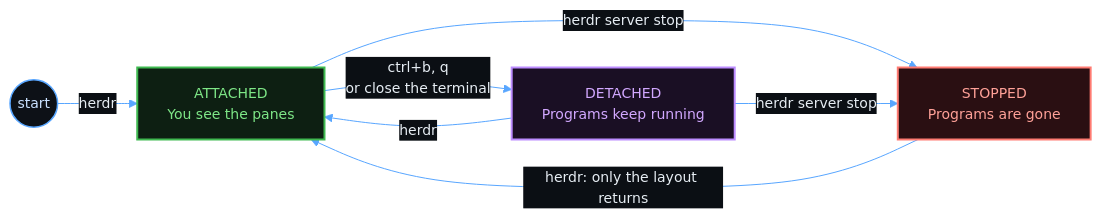
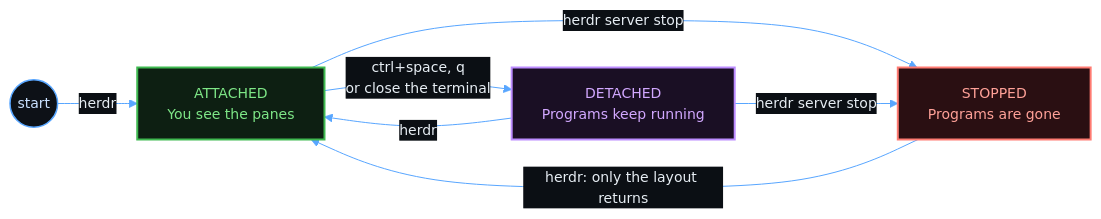
Before and after one commit to MussaCharles/herdspace: the diagram in docs/sessions.md, drawn with Mermaid. The commit also changed other lines of this file and 13 other files, not shown here.

First line of the commit message:
Document the ctrl+space prefix and how to change it

````diff
--- a/docs/sessions.md
+++ b/docs/sessions.md
@@ -31,23 +31,23 @@
 ```mermaid
 %%{init: {'theme': 'base', 'themeVariables': {
   'fontFamily': 'Menlo, Consolas, Courier New, monospace', 'fontSize': '14px',
   'primaryColor': '#0d1117', 'primaryTextColor': '#e6edf3', 'primaryBorderColor': '#3fb950',
   'textColor': '#e6edf3', 'lineColor': '#58a6ff', 'secondaryColor': '#161b22', 'tertiaryColor': '#0d1117',
   'edgeLabelBackground': '#0b0f14', 'clusterBkg': '#0b0f14', 'clusterBorder': '#30363d', 'titleColor': '#d2a8ff',
   'actorBkg': '#0d1f12', 'actorBorder': '#3fb950', 'actorTextColor': '#7ee787', 'actorLineColor': '#30363d',
   'signalColor': '#58a6ff', 'signalTextColor': '#e6edf3', 'sequenceNumberColor': '#0b0f14'
 }, 'flowchart': {'curve': 'basis', 'nodeSpacing': 34, 'rankSpacing': 42, 'wrappingWidth': 340}}}%%
 flowchart LR
   classDef cmd fill:#0d1f12,stroke:#3fb950,stroke-width:2px,color:#7ee787
   classDef step fill:#0d1117,stroke:#58a6ff,stroke-width:1.5px,color:#c9e1ff
   classDef ask fill:#2a2000,stroke:#e3b341,stroke-width:2px,color:#f2cc60
   classDef host fill:#1a0f24,stroke:#bc8cff,stroke-width:2px,color:#d2a8ff
   classDef data fill:#082028,stroke:#39c5cf,stroke-width:1.5px,color:#a5f3fc
   classDef stop fill:#2a0f12,stroke:#ff7b72,stroke-width:2px,color:#ffa198
   none(("start")):::step -- " herdr " --> attached["ATTACHED<br/>You see the panes"]:::cmd
-  attached -- " ctrl+b, q<br/>or close the terminal " --> detached["DETACHED<br/>Programs keep running"]:::host
+  attached -- " ctrl+space, q<br/>or close the terminal " --> detached["DETACHED<br/>Programs keep running"]:::host
   detached -- " herdr " --> attached
   attached -- " herdr server stop " --> stopped["STOPPED<br/>Programs are gone"]:::stop
   detached -- " herdr server stop " --> stopped
   stopped -- " herdr: only the layout returns " --> attached
 ```
````
